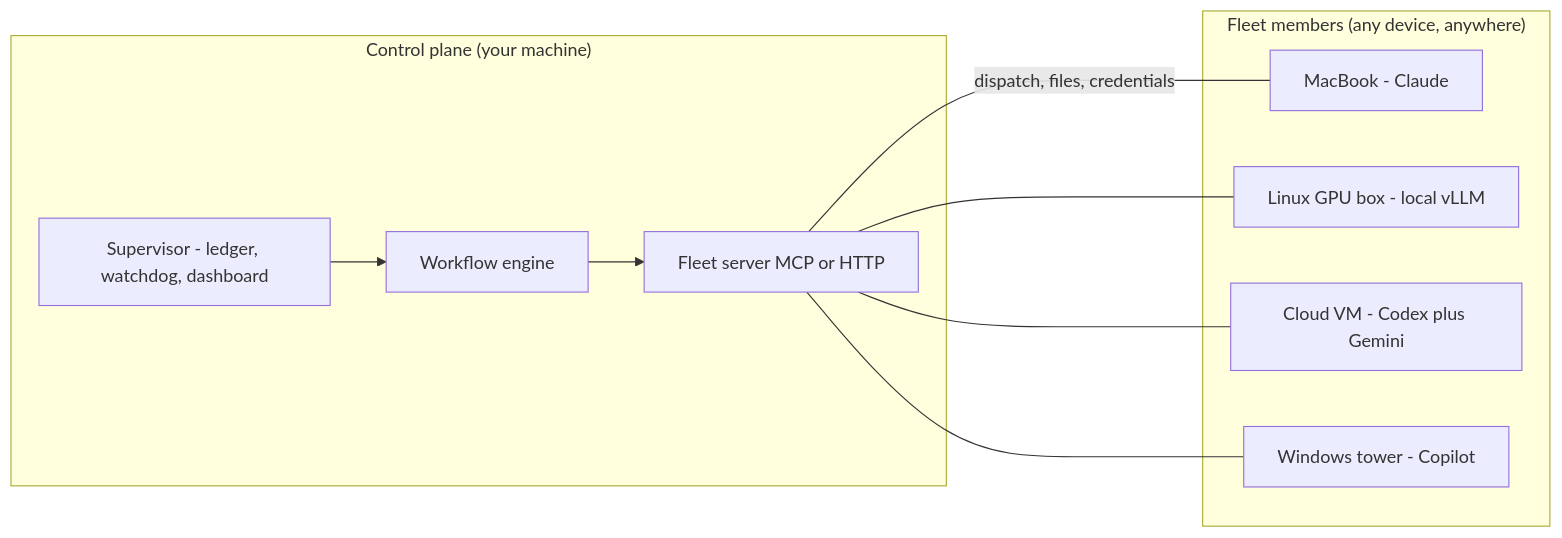
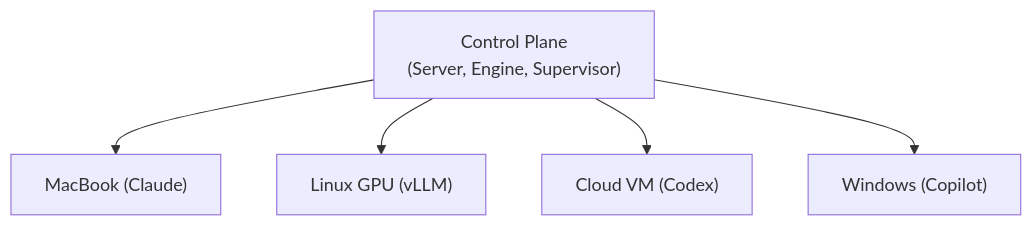
One commit to Apra-Labs/apra-fleet changed the diagram in README.md. Above: the diagram before and after it, drawn with Mermaid. The commit also changed other lines of this file and 14 other files, not shown here.

Commit message:
feat(docs): add 16:9 architecture stack diagram and consolidate MCP tool documentation

````diff
--- a/README.md
+++ b/README.md
@@ -163,20 +184,8 @@
 ```mermaid
-flowchart LR
-    subgraph ControlPlane["Control plane (your machine)"]
-        S[Fleet server MCP or HTTP]
-        W[Workflow engine]
-        SUP[Supervisor - ledger, watchdog, dashboard]
-    end
-    subgraph Members["Fleet members (any device, anywhere)"]
-        M1[MacBook - Claude]
-        M2[Linux GPU box - local vLLM]
-        M3[Cloud VM - Codex plus Gemini]
-        M4[Windows tower - Copilot]
-    end
-    S ---|dispatch, files, credentials| M1
-    S --- M2
-    S --- M3
-    S --- M4
-    W --> S
-    SUP --> W
+flowchart TD
+    CP["Control Plane<br/>(Server, Engine, Supervisor)"]
+    CP --> M1["MacBook (Claude)"]
+    CP --> M2["Linux GPU (vLLM)"]
+    CP --> M3["Cloud VM (Codex)"]
+    CP --> M4["Windows (Copilot)"]
 ```
````
